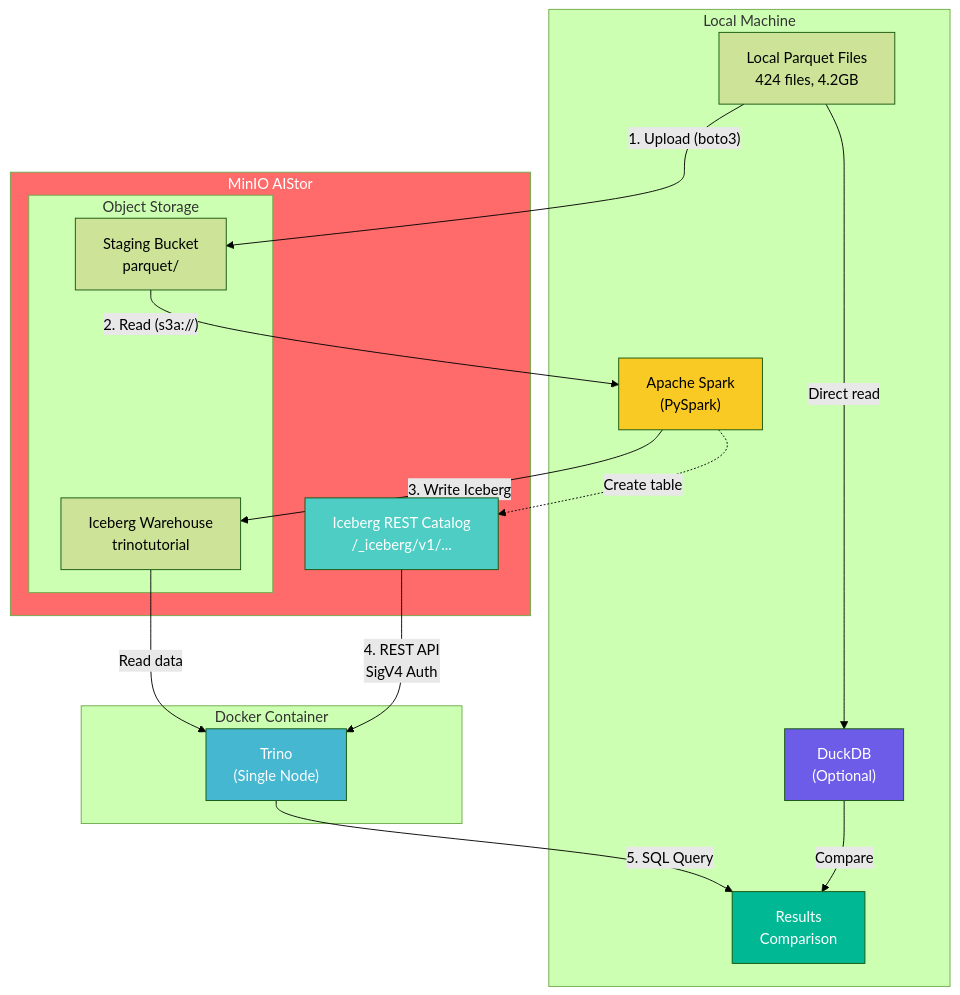
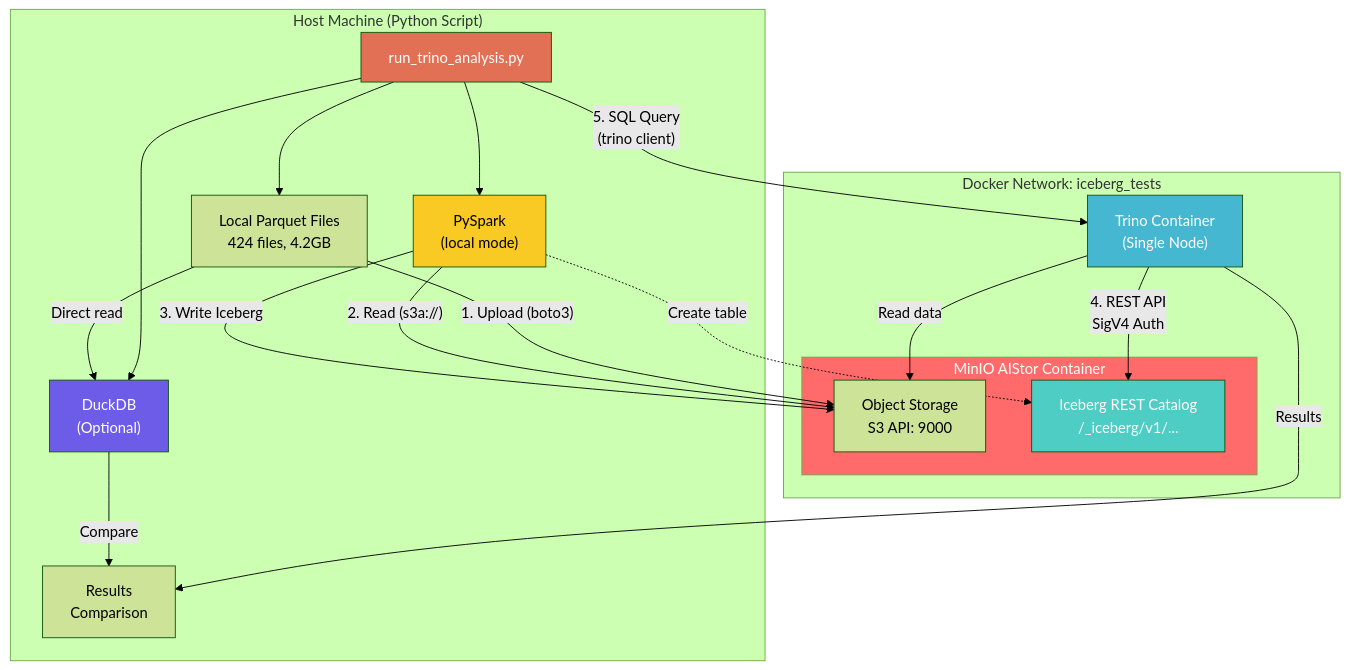
The first of 4 diagrams in AISTOR_TABLES_TEST_GUIDE.md (vb140772/aistor_and_lakehouse), drawn with Mermaid (forest theme) before and after one commit. The commit also changed other lines of this file, not shown here.

Commit message:
Update AISTOR_TABLES_TEST_GUIDE.md to refine component roles and clarify execution environments. Enhanced flowchart descriptions and added details about the orchestration script, emphasizing the local execution of PySpark and the use of Docker containers for MinIO and Trino.

````diff
--- a/AISTOR_TABLES_TEST_GUIDE.md
+++ b/AISTOR_TABLES_TEST_GUIDE.md
@@ -30,43 +31,46 @@
 ```mermaid
 flowchart TB
-    subgraph Local["Local Machine"]
+    subgraph Local["Host Machine (Python Script)"]
+        Script["run_trino_analysis.py"]
         Files["Local Parquet Files<br/>424 files, 4.2GB"]
-        Spark["Apache Spark<br/>(PySpark)"]
+        Spark["PySpark<br/>(local mode)"]
         DuckDB["DuckDB<br/>(Optional)"]
         Results["Results<br/>Comparison"]
+        
+        Script --> Files
+        Script --> Spark
+        Script --> DuckDB
     end
 
-    subgraph MinIO["MinIO AIStor"]
-        subgraph Storage["Object Storage"]
-            Staging["Staging Bucket<br/>parquet/"]
-            Warehouse["Iceberg Warehouse<br/>trinotutorial"]
+    subgraph Docker["Docker Network: iceberg_tests"]
+        subgraph MinIO["MinIO AIStor Container"]
+            Storage["Object Storage<br/>S3 API: 9000"]
+            Catalog["Iceberg REST Catalog<br/>/_iceberg/v1/..."]
         end
-        Catalog["Iceberg REST Catalog<br/>/_iceberg/v1/..."]
-    end
-
-    subgraph TrinoDocker["Docker Container"]
-        Trino["Trino<br/>(Single Node)"]
+        
+        Trino["Trino Container<br/>(Single Node)"]
     end
 
     %% Data Flow
-    Files -->|"1. Upload (boto3)"| Staging
-    Staging -->|"2. Read (s3a://)"| Spark
-    Spark -->|"3. Write Iceberg"| Warehouse
+    Files -->|"1. Upload (boto3)"| Storage
+    Spark -->|"2. Read (s3a://)"| Storage
+    Spark -->|"3. Write Iceberg"| Storage
     Spark -.->|"Create table"| Catalog
     
-    Catalog -->|"4. REST API<br/>SigV4 Auth"| Trino
-    Warehouse -->|"Read data"| Trino
+    Trino -->|"4. REST API<br/>SigV4 Auth"| Catalog
+    Trino -->|"Read data"| Storage
     
-    Trino -->|"5. SQL Query"| Results
+    Script -->|"5. SQL Query<br/>(trino client)"| Trino
+    Trino -->|"Results"| Results
     
     Files -->|"Direct read"| DuckDB
     DuckDB -->|"Compare"| Results
 
     %% Styling
     style MinIO fill:#ff6b6b,color:#fff
     style Catalog fill:#4ecdc4,color:#fff
     style Trino fill:#45b7d1,color:#fff
     style Spark fill:#f9ca24,color:#000
     style DuckDB fill:#6c5ce7,color:#fff
-    style Results fill:#00b894,color:#fff
+    style Script fill:#e17055,color:#fff
 ```
````
